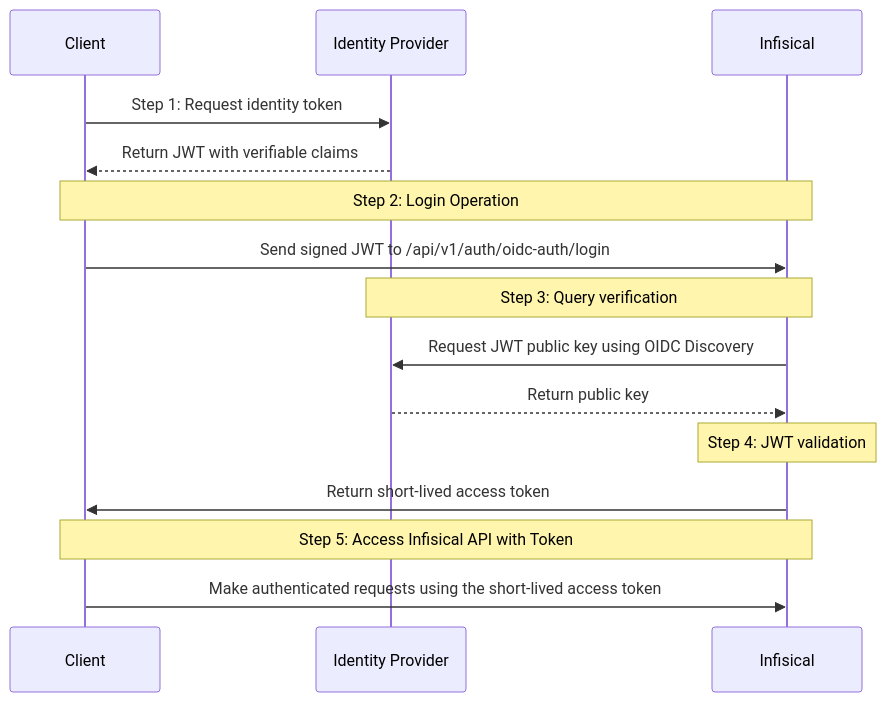
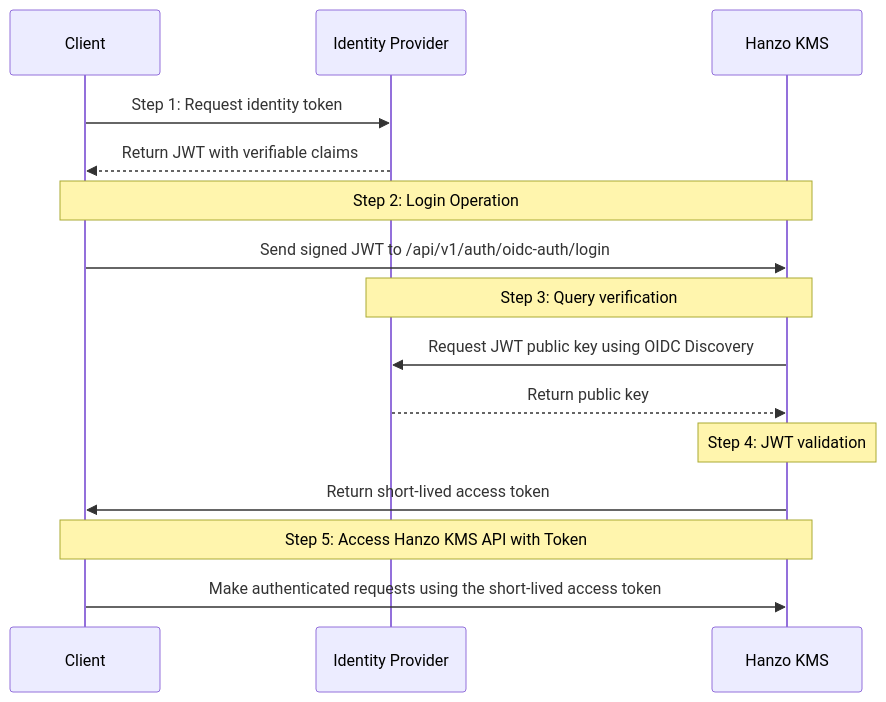
Before and after one commit to hanzoai/kms: the diagram in docs/documentation/platform/identities/oidc-auth/general.mdx, drawn with Mermaid. The commit also changed other lines of this file and 927 other files, not shown here.

First line of the commit message:
feat: complete Hanzo KMS rebranding across upstream merge

````diff
--- a/docs/documentation/platform/identities/oidc-auth/general.mdx
+++ b/docs/documentation/platform/identities/oidc-auth/general.mdx
@@ -12,22 +12,22 @@
 ```mermaid
 sequenceDiagram
   participant Client as Client
   participant Idp as Identity Provider
-  participant Infis as Infisical
+  participant Infis as Hanzo KMS
 
   Client->>Idp: Step 1: Request identity token
   Idp-->>Client: Return JWT with verifiable claims
 
   Note over Client,Infis: Step 2: Login Operation
   Client->>Infis: Send signed JWT to /api/v1/auth/oidc-auth/login
 
   Note over Infis,Idp: Step 3: Query verification
   Infis->>Idp: Request JWT public key using OIDC Discovery
   Idp-->>Infis: Return public key
 
   Note over Infis: Step 4: JWT validation
   Infis->>Client: Return short-lived access token
 
-  Note over Client,Infis: Step 5: Access Infisical API with Token
+  Note over Client,Infis: Step 5: Access Hanzo KMS API with Token
   Client->>Infis: Make authenticated requests using the short-lived access token
 ```
````
